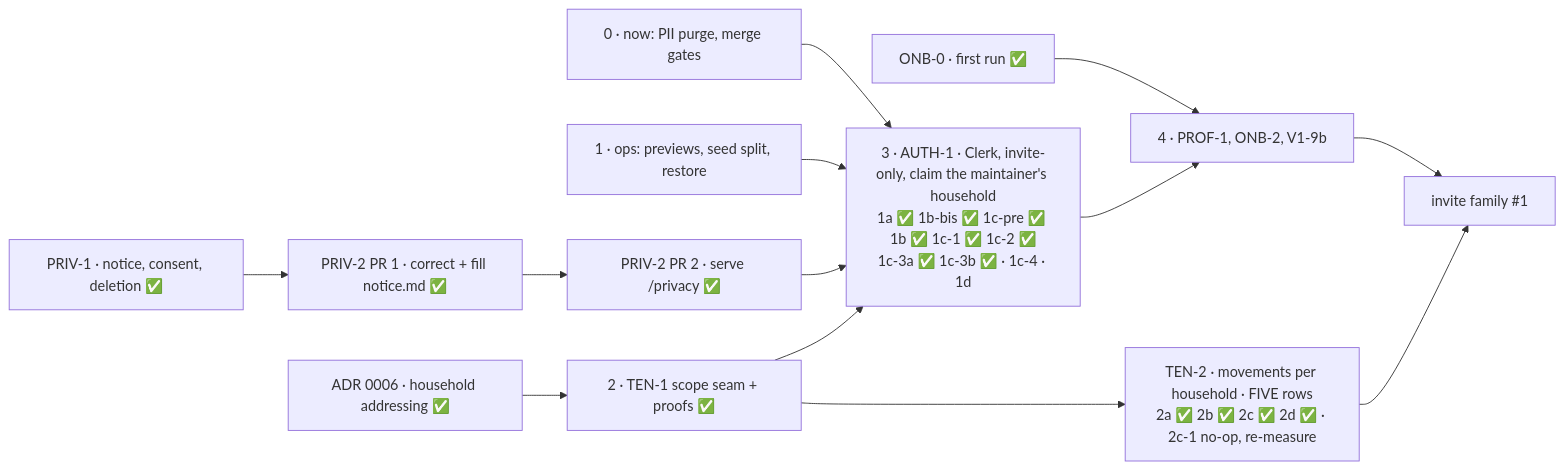
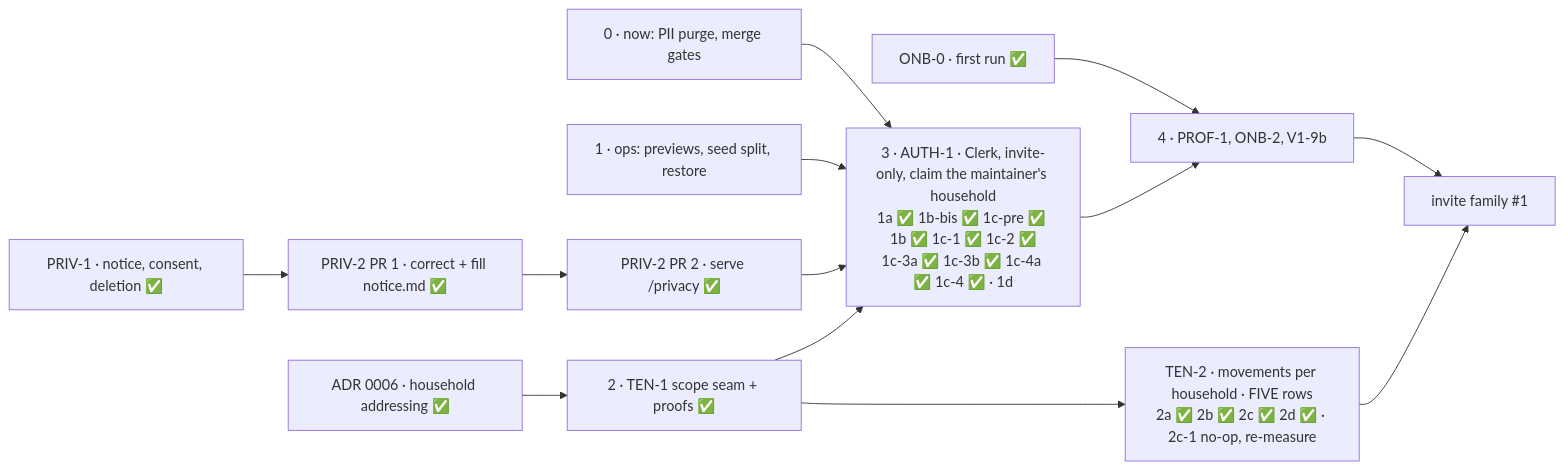
The diagram in docs/milestones/beta-1.md (ralamode/mat-plan), drawn with Mermaid before and after one commit. The commit also changed other lines of this file and 40 other files, not shown here.

First line of the commit message:
feat(auth-1c-4): the household scope is derived from the session (#330)

````diff
--- a/docs/milestones/beta-1.md
+++ b/docs/milestones/beta-1.md
@@ -77,15 +77,15 @@
 ```mermaid
 flowchart LR
   N[0 · now: PII purge, merge gates] --> AU
   O[1 · ops: previews, seed split, restore] --> AU
   ONB[ONB-0 · first run ✅] --> S
   PRIV[PRIV-1 · notice, consent, deletion ✅] --> P1[PRIV-2 PR 1 · correct + fill notice.md ✅]
   P1 --> P2[PRIV-2 PR 2 · serve /privacy ✅]
   P2 --> AU
   C[ADR 0006 · household addressing ✅] --> T[2 · TEN-1 scope seam + proofs ✅]
-  T --> AU[3 · AUTH-1 · Clerk, invite-only, claim the maintainer's household<br/>1a ✅ 1b-bis ✅ 1c-pre ✅ 1b ✅ 1c-1 ✅ 1c-2 ✅<br/>1c-3a ✅ 1c-3b ✅ · 1c-4 · 1d]
+  T --> AU[3 · AUTH-1 · Clerk, invite-only, claim the maintainer's household<br/>1a ✅ 1b-bis ✅ 1c-pre ✅ 1b ✅ 1c-1 ✅ 1c-2 ✅<br/>1c-3a ✅ 1c-3b ✅ 1c-4a ✅ 1c-4 ✅ · 1d]
   T --> T2[TEN-2 · movements per household · FIVE rows<br/>2a ✅ 2b ✅ 2c ✅ 2d ✅ · 2c-1 no-op, re-measure]
   AU --> S[4 · PROF-1, ONB-2, V1-9b]
   S --> I[invite family #1]
   T2 --> I
 ```
````
